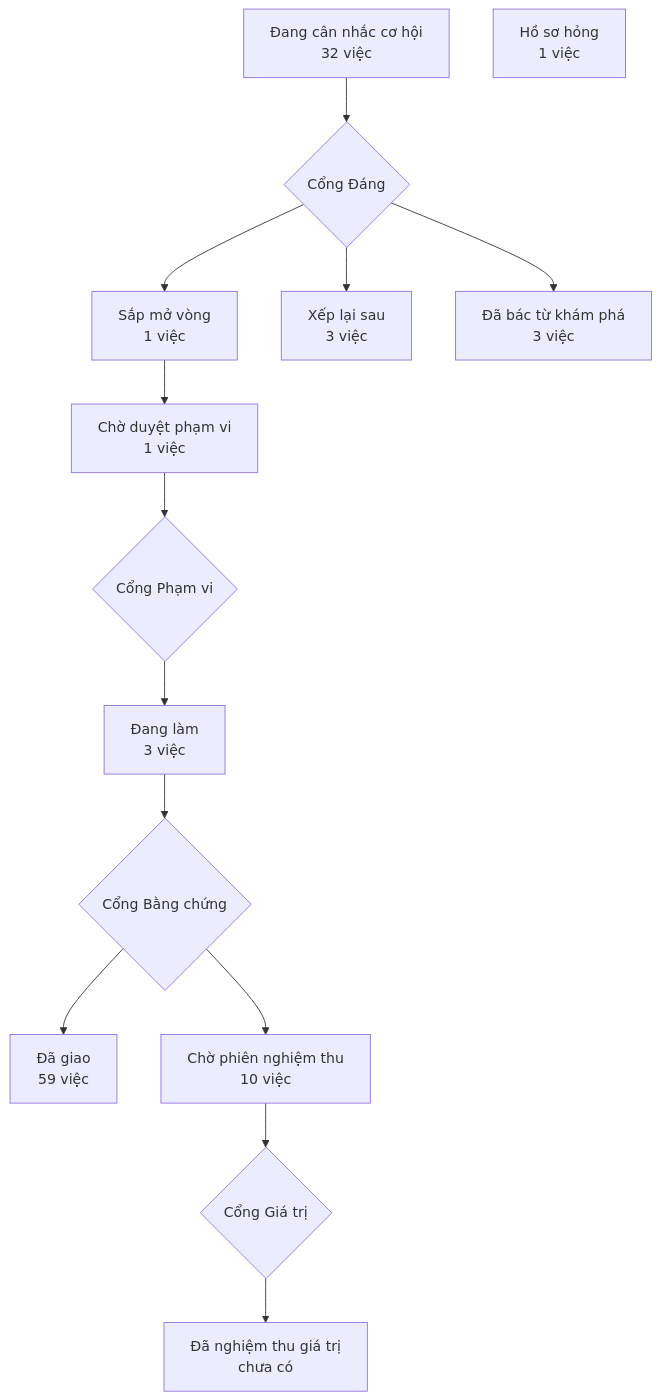
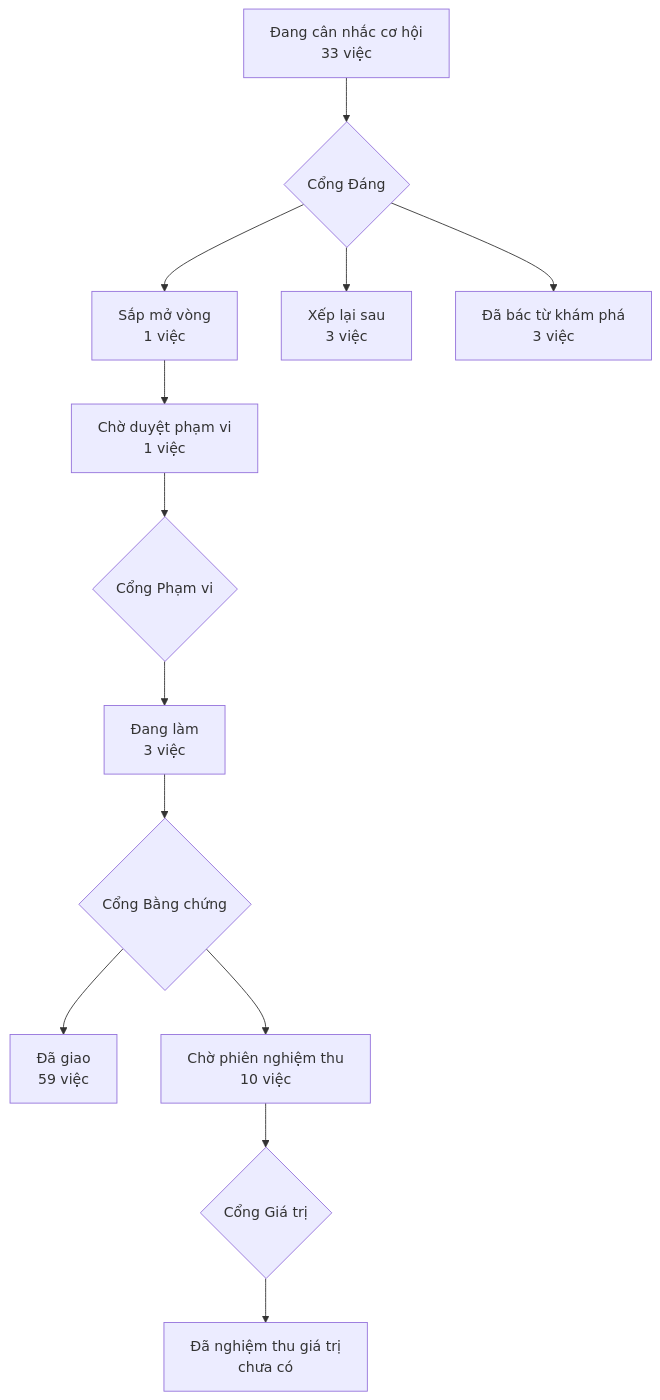
The diagram in PRODUCT-MAP.md (phanlemanh/acceptance-gate-kit), drawn with Mermaid before and after one commit. The commit also changed other lines of this file and 1 other file, not shown here.

First line of the commit message:
fix(mot-nguon-usage-report): opportunity.md thiếu frontmatter — bộ quét gọi hồ sơ hỏng, RT13 đỏ trên CI

````diff
--- a/PRODUCT-MAP.md
+++ b/PRODUCT-MAP.md
@@ -6,13 +6,12 @@
 ```mermaid
 flowchart TD
-  A["Đang cân nhắc cơ hội<br/>32 việc"] --> GD{"Cổng Đáng"}
+  A["Đang cân nhắc cơ hội<br/>33 việc"] --> GD{"Cổng Đáng"}
   GD --> B["Sắp mở vòng<br/>1 việc"]
   GD --> XL["Xếp lại sau<br/>3 việc"]
   GD --> DB["Đã bác từ khám phá<br/>3 việc"]
   B --> CD["Chờ duyệt phạm vi<br/>1 việc"] --> GP{"Cổng Phạm vi"}
   GP --> DL["Đang làm<br/>3 việc"] --> GB{"Cổng Bằng chứng"}
   GB --> DG["Đã giao<br/>59 việc"]
   GB --> CN["Chờ phiên nghiệm thu<br/>10 việc"] --> GG{"Cổng Giá trị"}
   GG --> NT["Đã nghiệm thu giá trị<br/>chưa có"]
-  HS["Hồ sơ hỏng<br/>1 việc"]
 ```
````
